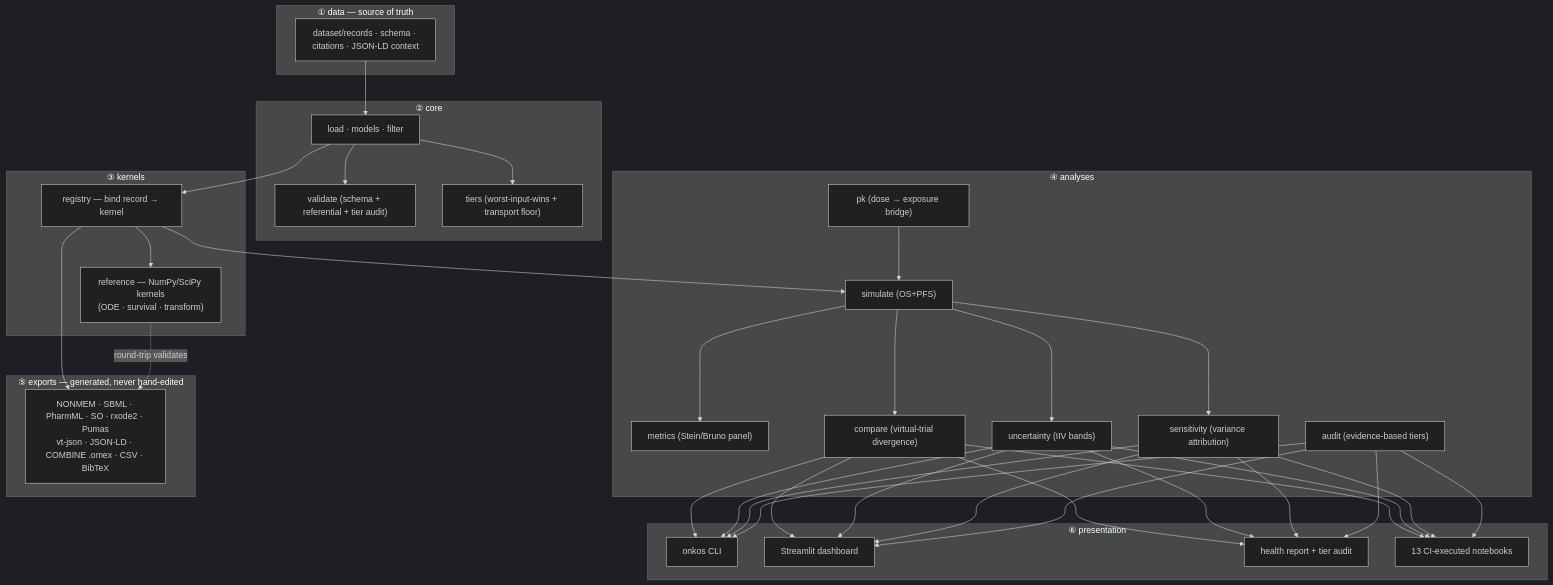
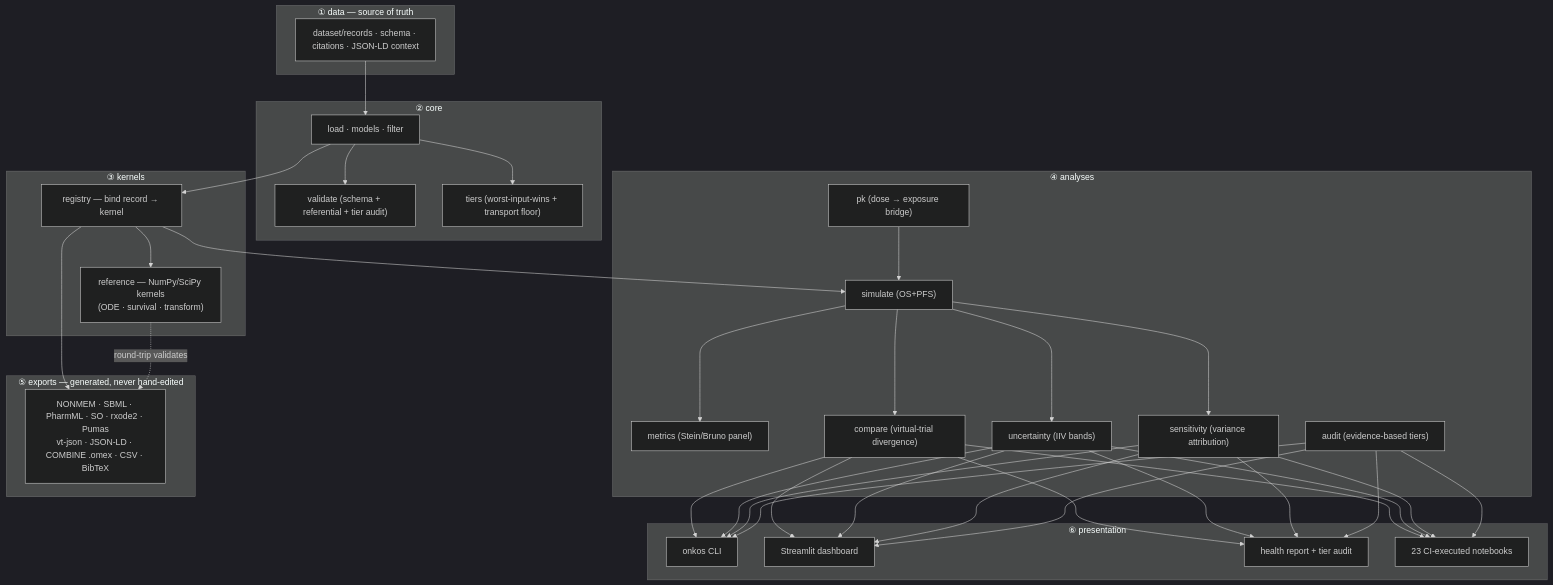
The first of 2 diagrams in README.md (clay-good/onkos), drawn with Mermaid (dark theme) before and after one commit. The commit also changed other lines of this file and 14 other files, not shown here.

````diff
--- a/README.md
+++ b/README.md
@@ -1135,41 +1193,41 @@
 ```mermaid
 flowchart TD
     subgraph data["① data — source of truth"]
         DS["dataset/records · schema · citations · JSON-LD context"]
     end
     subgraph core["② core"]
         LOAD["load · models · filter"]
         VAL["validate (schema + referential + tier audit)"]
         TIER["tiers (worst-input-wins + transport floor)"]
     end
     subgraph kern["③ kernels"]
         REG["registry — bind record → kernel"]
         REF["reference — NumPy/SciPy kernels<br/>(ODE · survival · transform)"]
     end
     subgraph ana["④ analyses"]
         SIM["simulate (OS+PFS)"]
         MET["metrics (Stein/Bruno panel)"]
         PKM["pk (dose → exposure bridge)"]
         CMP["compare (virtual-trial divergence)"]
         UNC["uncertainty (IIV bands)"]
         SEN["sensitivity (variance attribution)"]
         AUD["audit (evidence-based tiers)"]
     end
     subgraph exp["⑤ exports — generated, never hand-edited"]
         EXP["NONMEM · SBML · PharmML · SO · rxode2 · Pumas<br/>vt-json · JSON-LD · COMBINE .omex · CSV · BibTeX"]
     end
     subgraph pres["⑥ presentation"]
         CLI["onkos CLI"]
         DASH["Streamlit dashboard"]
         REP["health report + tier audit"]
-        NB["13 CI-executed notebooks"]
+        NB["23 CI-executed notebooks"]
     end
     DS --> LOAD --> REG --> REF
     LOAD --> VAL & TIER
     REG --> SIM --> CMP
     PKM --> SIM
     SIM --> MET & UNC & SEN
     CMP & UNC & SEN & AUD --> CLI & DASH & REP & NB
     REG --> EXP
     REF -. "round-trip validates" .-> EXP
 ```
````
